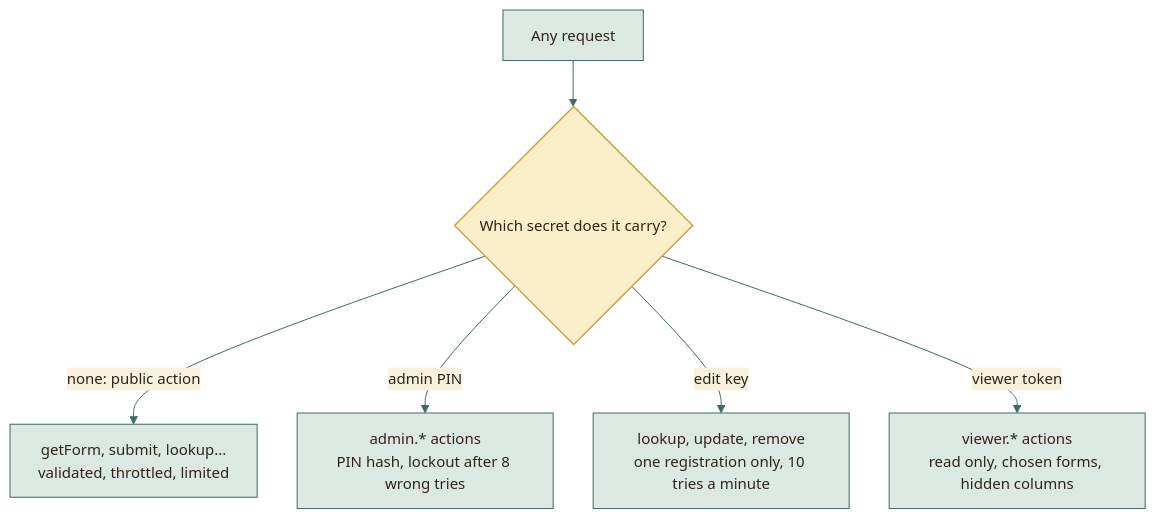
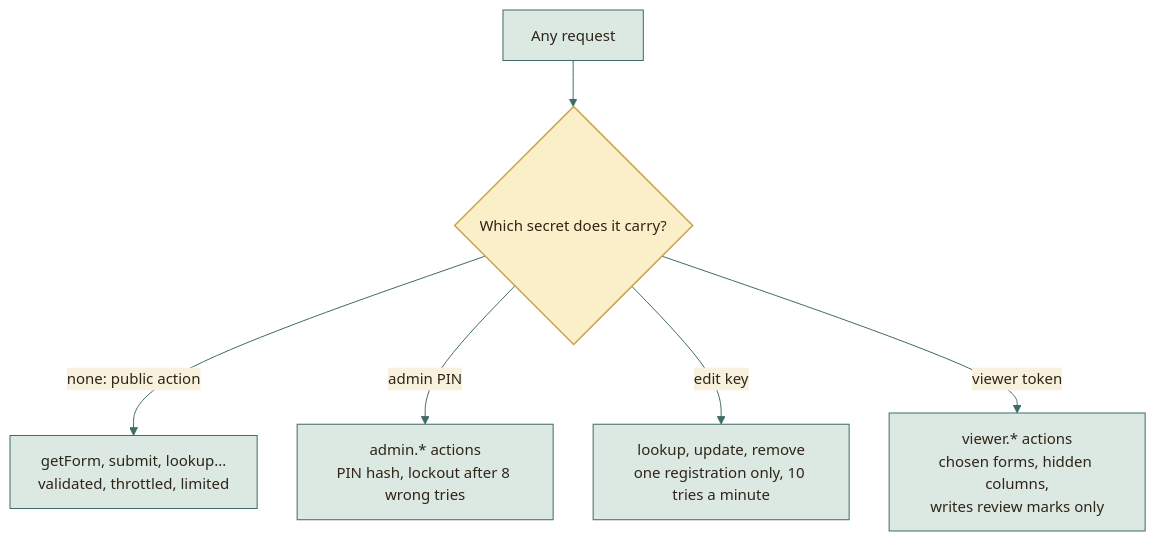
One commit to moyeh04/forms-platform changed the second of 9 diagrams in docs/architecture/WORKAROUNDS.md. Above: the diagram before and after it, drawn with Mermaid. The commit also changed other lines of this file and 9 other files, not shown here.

````diff
--- a/docs/architecture/WORKAROUNDS.md
+++ b/docs/architecture/WORKAROUNDS.md
@@ -110,37 +110,37 @@
 ```mermaid
 %%{init: {
   'theme': 'base',
   'themeVariables': {
     'fontFamily': 'ui-sans-serif, system-ui, -apple-system, Segoe UI, Roboto, sans-serif',
     'fontSize': '15px',
     'primaryColor': '#DCE9E2', 'primaryBorderColor': '#3F6B66', 'primaryTextColor': '#2F2418',
     'secondaryColor': '#F0E4C8', 'secondaryBorderColor': '#C9A24A', 'secondaryTextColor': '#2F2418',
     'tertiaryColor': '#F6EFDC', 'tertiaryBorderColor': '#CDBB94', 'tertiaryTextColor': '#2F2418',
     'lineColor': '#3F6B66', 'textColor': '#2F2418', 'mainBkg': '#DCE9E2', 'nodeBorder': '#3F6B66',
     'clusterBkg': '#F6EFDC', 'clusterBorder': '#CDBB94', 'titleColor': '#2F2418',
     'edgeLabelBackground': '#F8F1DD',
     'actorBkg': '#DCE9E2', 'actorBorder': '#3F6B66', 'actorTextColor': '#2F2418', 'actorLineColor': '#8FB3AB',
     'signalColor': '#477A73', 'signalTextColor': '#477A73',
     'labelBoxBkgColor': '#F0E4C8', 'labelBoxBorderColor': '#C9A24A', 'labelTextColor': '#2F2418', 'loopTextColor': '#6A5A44',
     'noteBkgColor': '#FBEFC9', 'noteBorderColor': '#C9A24A', 'noteTextColor': '#2F2418',
     'activationBkgColor': '#DCE9E2', 'activationBorderColor': '#3F6B66', 'sequenceNumberColor': '#F8F1DD',
     'transitionColor': '#3F6B66', 'stateLabelColor': '#2F2418', 'stateBkg': '#DCE9E2', 'altBackground': '#F6EFDC',
     'attributeBackgroundColorOdd': '#F8F1DD', 'attributeBackgroundColorEven': '#F0E4C8'
   },
   'flowchart': {'curve': 'basis', 'padding': 14, 'nodeSpacing': 40, 'rankSpacing': 46},
   'sequence': {'mirrorActors': false, 'messageMargin': 34, 'boxMargin': 8}
 }}%%
 flowchart TD
     req["Any request"] --> who{"Which secret does it carry?"}
     who -- "none: public action" --> pub["getForm, submit, lookup...<br/>validated, throttled, limited"]
     who -- "admin PIN" --> adm["admin.* actions<br/>PIN hash, lockout after 8 wrong tries"]
     who -- "edit key" --> key["lookup, update, remove<br/>one registration only, 10 tries a minute"]
-    who -- "viewer token" --> tok["viewer.* actions<br/>read only, chosen forms, hidden columns"]
+    who -- "viewer token" --> tok["viewer.* actions<br/>chosen forms, hidden columns,<br/>writes review marks only"]
     classDef cDb fill:#F3E2B3,stroke:#B8892D,stroke-width:1.5px,color:#2F2418
     classDef cActor fill:#F4D9D3,stroke:#9A3328,stroke-width:1.5px,color:#2F2418
     classDef cDec fill:#FBEFC9,stroke:#C9A24A,stroke-width:1.5px,color:#2F2418
     classDef cEnd fill:#2F2418,stroke:#2F2418,color:#F8F1DD
     classDef cErr fill:#F6D5CF,stroke:#A12B1F,stroke-width:1.5px,color:#5A140C
     classDef cOk fill:#BFD9CF,stroke:#2E5A55,stroke-width:1.5px,color:#17302D
     class who cDec
 ```
````
